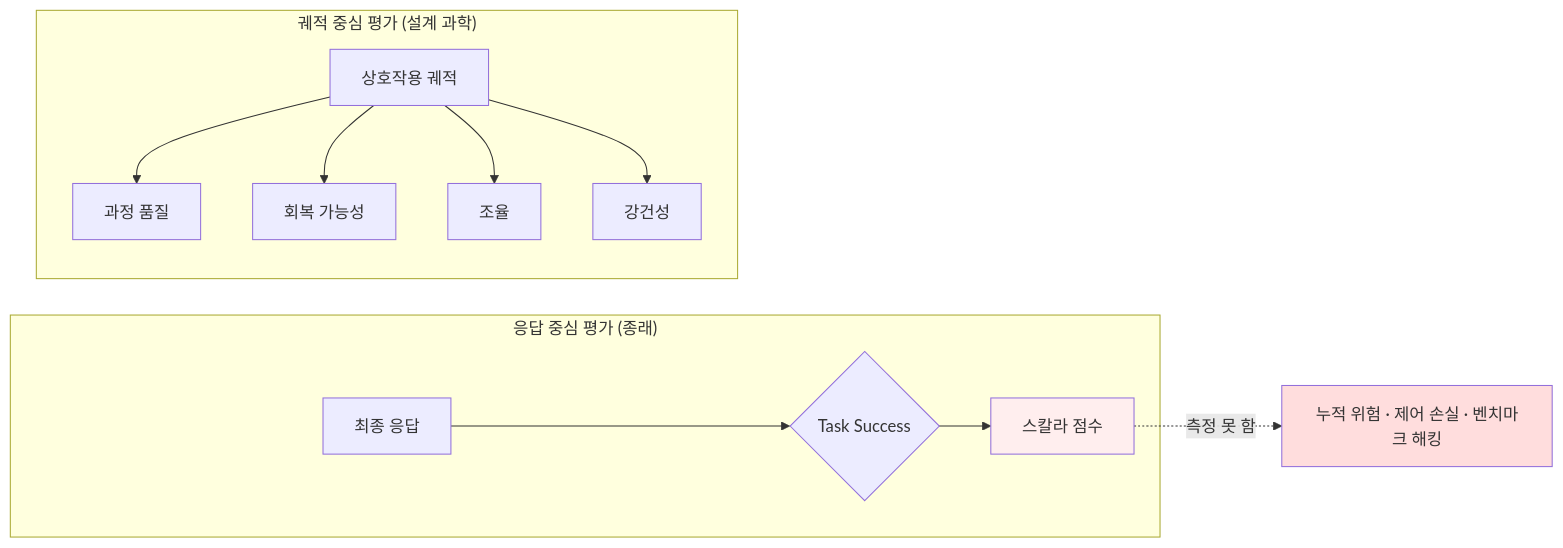
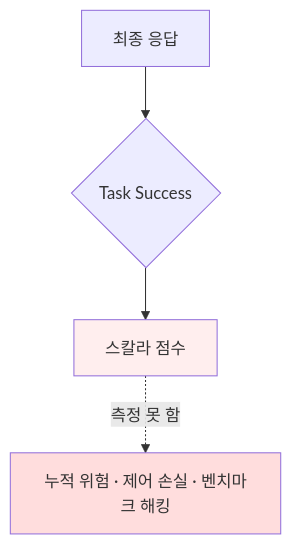
The first of 2 diagrams in _posts/2026-05-23-interactive-evaluation-design-science.md (pheeree/pheeree.github.io), drawn with Mermaid before and after one commit. The commit also changed other lines of this file and 10 other files, not shown here.

First line of the commit message:
fix: mermaid subgraph 규약 전면 소급 적용 (10편)

````diff
--- a/_posts/2026-05-23-interactive-evaluation-design-science.md
+++ b/_posts/2026-05-23-interactive-evaluation-design-science.md
@@ -39,16 +41,8 @@
 ```mermaid
-flowchart LR
-    subgraph 응답중심["응답 중심 평가 (종래)"]
-        R1[최종 응답] --> R2{Task Success}
-        R2 --> R3[스칼라 점수]
-    end
-    subgraph 궤적중심["궤적 중심 평가 (설계 과학)"]
-        T0[상호작용 궤적] --> T1[과정 품질]
-        T0 --> T2[회복 가능성]
-        T0 --> T3[조율]
-        T0 --> T4[강건성]
-    end
+flowchart TB
+    R1[최종 응답] --> R2{Task Success}
+    R2 --> R3[스칼라 점수]
     R3 -.측정 못 함.-> X[누적 위험 · 제어 손실 · 벤치마크 해킹]
     style X fill:#fdd
     style R3 fill:#fee
 ```
````
